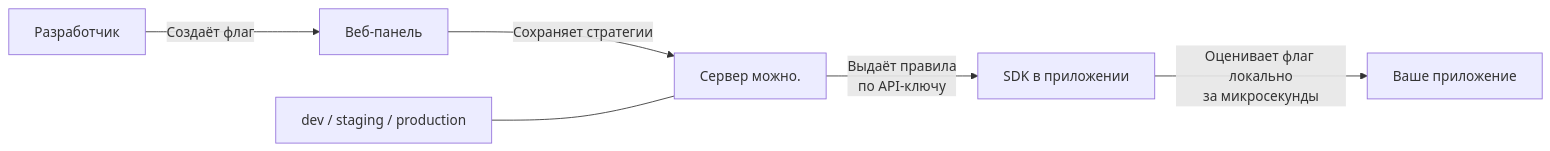
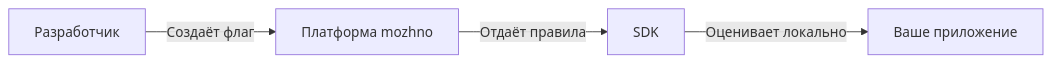
One commit to edgar-dev20/mozhno changed the diagram in docs/guide/getting-started.md. Above: the diagram before and after it, drawn with Mermaid. The commit also changed other lines of this file and 33 other files, not shown here.

Commit message:
docs: rewrite getting-started, fix env model, mermaid latin labels, table header brand styling, SDK+arch corrections

````diff
--- a/docs/guide/getting-started.md
+++ b/docs/guide/getting-started.md
@@ -15,8 +15,6 @@
 ```mermaid
 graph LR
-    A[Разработчик] -->|Создаёт флаг| B[Веб-панель]
-    B -->|Сохраняет стратегии| C[Сервер можно.]
-    C -->|Выдаёт правила<br/>по API-ключу| D[SDK в приложении]
-    D -->|Оценивает флаг локально<br/>за микросекунды| E[Ваше приложение]
-    F[dev / staging / production] --- C
+    DEV[Разработчик] -->|Создаёт флаг| P[Платформа mozhno]
+    P -->|Отдаёт правила| SDK[SDK]
+    SDK -->|Оценивает локально| CODE[Ваше приложение]
 ```
````
